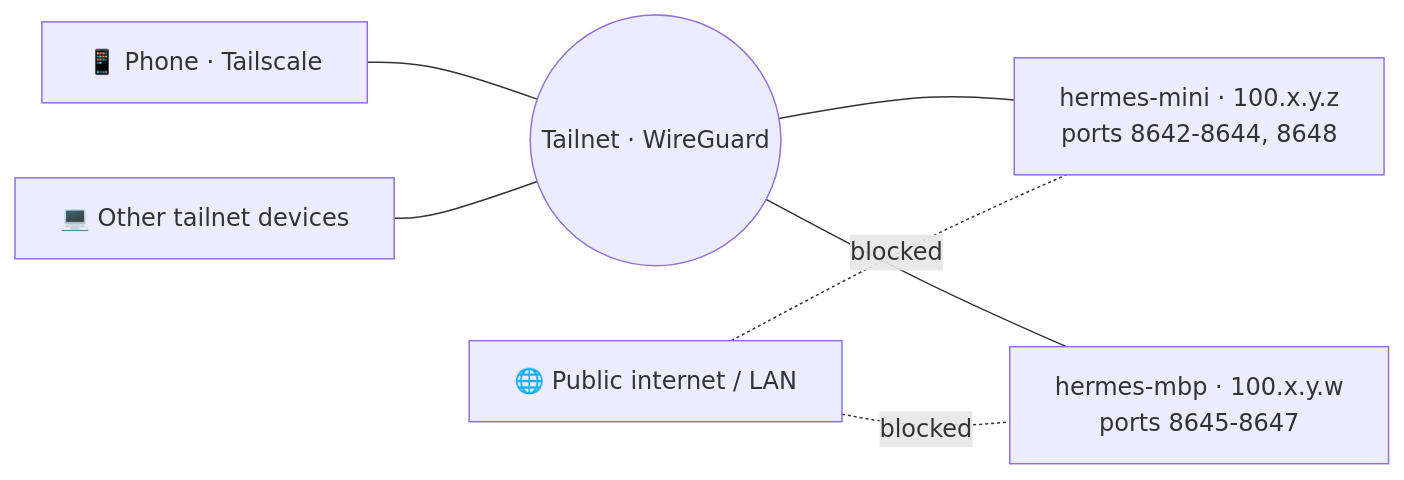
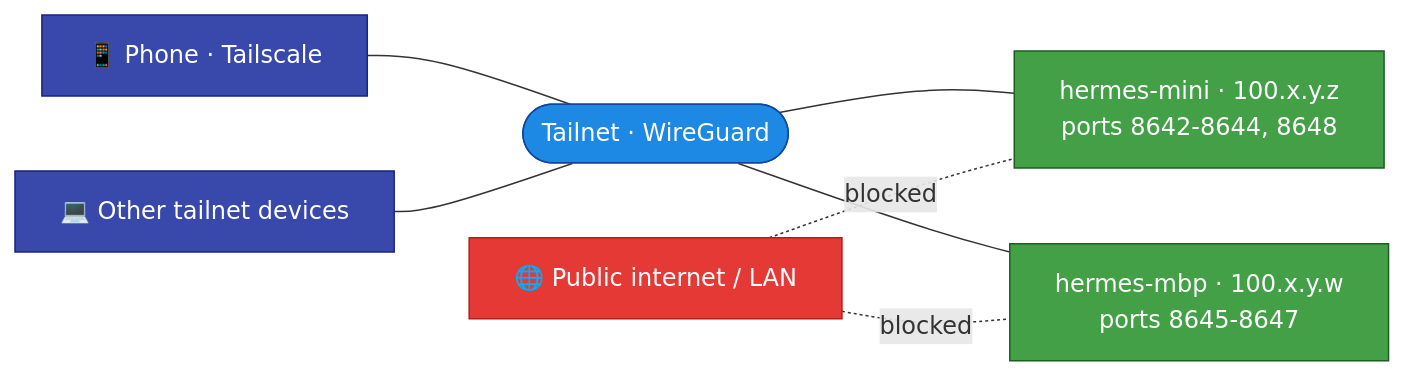
Before and after one commit to mpolatcan/hermes-setup: the diagram in docs/06-networking.md, drawn with Mermaid. The commit also changed 8 other files, not shown here.

First line of the commit message:
docs: Material Design styling on all diagrams + ASCII→mermaid

````diff
--- a/docs/06-networking.md
+++ b/docs/06-networking.md
@@ -7,9 +7,13 @@
 ```mermaid
 flowchart LR
-    phone["📱 Phone · Tailscale"] --- net((Tailnet · WireGuard))
-    laptop["💻 Other tailnet devices"] --- net
-    net --- mini["hermes-mini · 100.x.y.z<br/>ports 8642-8644, 8648"]
-    net --- mbp["hermes-mbp · 100.x.y.w<br/>ports 8645-8647"]
-    pub["🌐 Public internet / LAN"] -. blocked .- mini
+    phone["📱 Phone · Tailscale"]:::user --- net(["Tailnet · WireGuard"]):::net
+    laptop["💻 Other tailnet devices"]:::user --- net
+    net --- mini["hermes-mini · 100.x.y.z<br/>ports 8642-8644, 8648"]:::mini
+    net --- mbp["hermes-mbp · 100.x.y.w<br/>ports 8645-8647"]:::mini
+    pub["🌐 Public internet / LAN"]:::danger -. blocked .- mini
     pub -. blocked .- mbp
+    classDef user fill:#3949AB,stroke:#1A237E,color:#fff
+    classDef net fill:#1E88E5,stroke:#0D47A1,color:#fff
+    classDef mini fill:#43A047,stroke:#1B5E20,color:#fff
+    classDef danger fill:#E53935,stroke:#B71C1C,color:#fff
 ```
````
